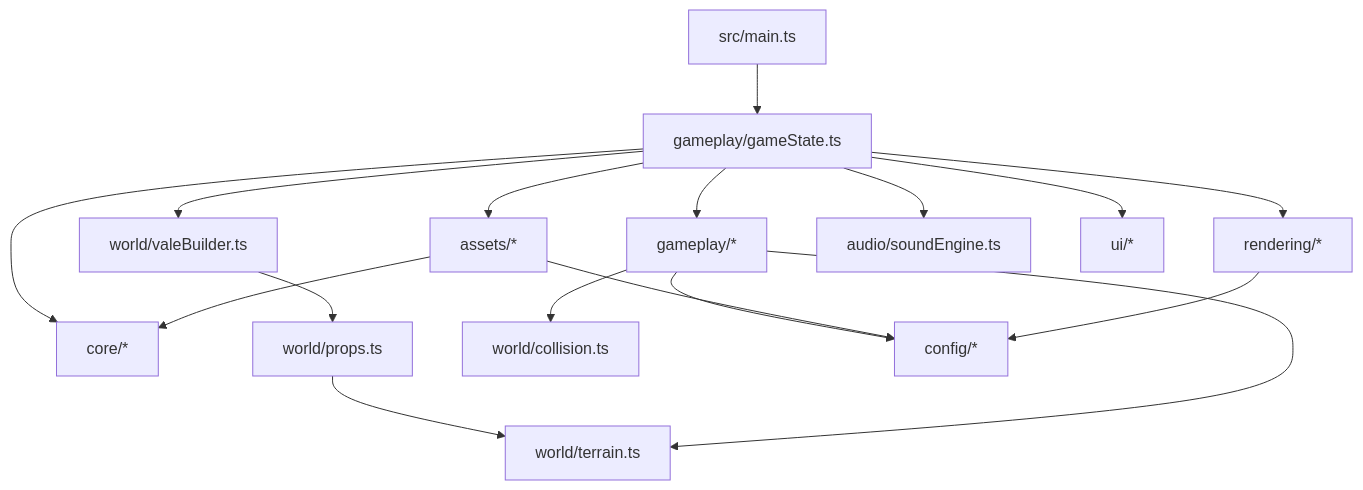
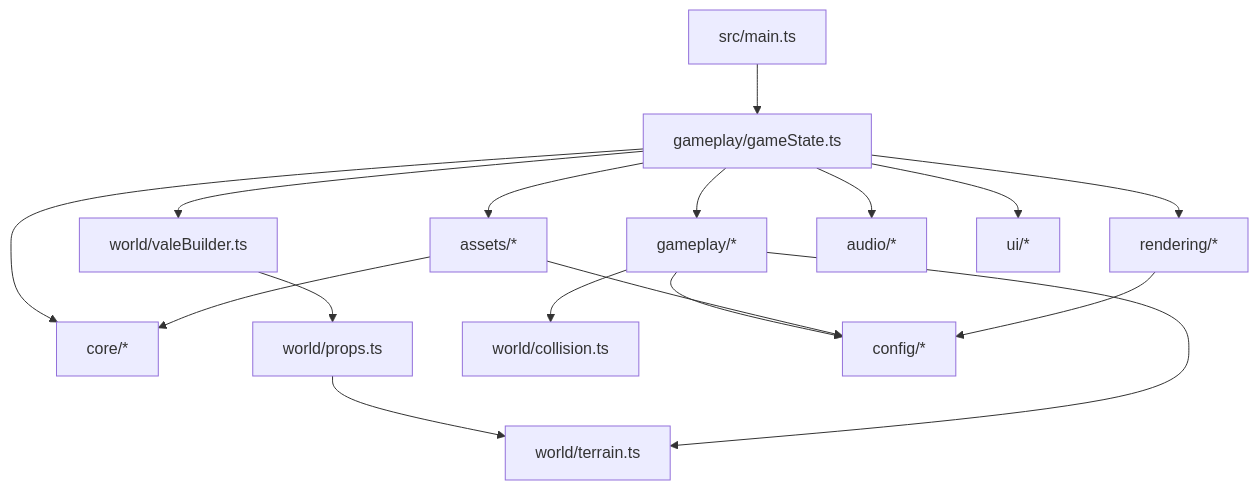
The first of 2 diagrams in docs/ARCHITECTURE.md (eamonn98/aethengardvale), drawn with Mermaid before and after one commit. The commit also changed other lines of this file and 6 other files, not shown here.

````diff
--- a/docs/ARCHITECTURE.md
+++ b/docs/ARCHITECTURE.md
@@ -75,21 +77,21 @@
 ```mermaid
 flowchart TD
     Main["src/main.ts"] --> GameApp["gameplay/gameState.ts"]
 
     GameApp --> Render["rendering/*"]
     GameApp --> World["world/valeBuilder.ts"]
     GameApp --> Gameplay["gameplay/*"]
     GameApp --> Assets["assets/*"]
-    GameApp --> Audio["audio/soundEngine.ts"]
+    GameApp --> Audio["audio/*"]
     GameApp --> UI["ui/*"]
     GameApp --> Core["core/*"]
 
     World --> Props["world/props.ts"]
     Props --> Terrain["world/terrain.ts"]
     Gameplay --> Collision["world/collision.ts"]
     Gameplay --> Terrain
     Gameplay --> Config["config/*"]
     Assets --> Config
     Assets --> Core
     Render --> Config
 ```
````
